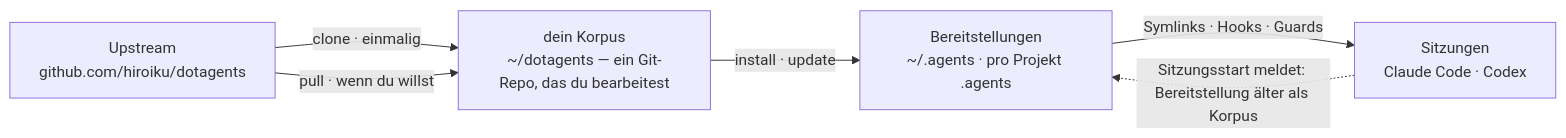
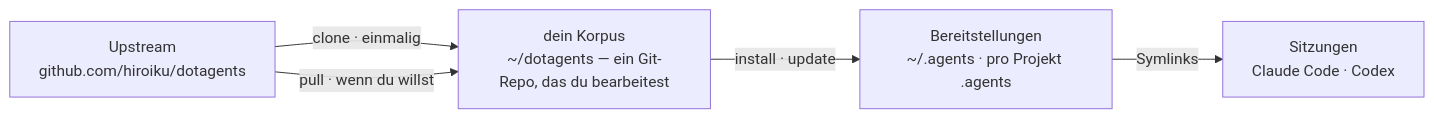
One commit to hiroiku/dotagents changed the diagram in docs/README.de.md. Above: the diagram before and after it, drawn with Mermaid. The commit also changed other lines of this file and 25 other files, not shown here.

````diff
--- a/docs/README.de.md
+++ b/docs/README.de.md
@@ -18,12 +18,11 @@
 ```mermaid
 flowchart LR
     UP["Upstream<br>github.com/hiroiku/dotagents"]
     C["dein Korpus<br>~/dotagents — ein Git-Repo, das du bearbeitest"]
     A["Bereitstellungen<br>~/.agents · pro Projekt .agents"]
     S["Sitzungen<br>Claude Code · Codex"]
     UP -->|"clone · einmalig"| C
     UP -->|"pull · wenn du willst"| C
     C -->|"install · update"| A
-    A -->|"Symlinks · Hooks · Guards"| S
-    S -.->|"Sitzungsstart meldet: Bereitstellung älter als Korpus"| A
+    A -->|"Symlinks"| S
 ```
````
